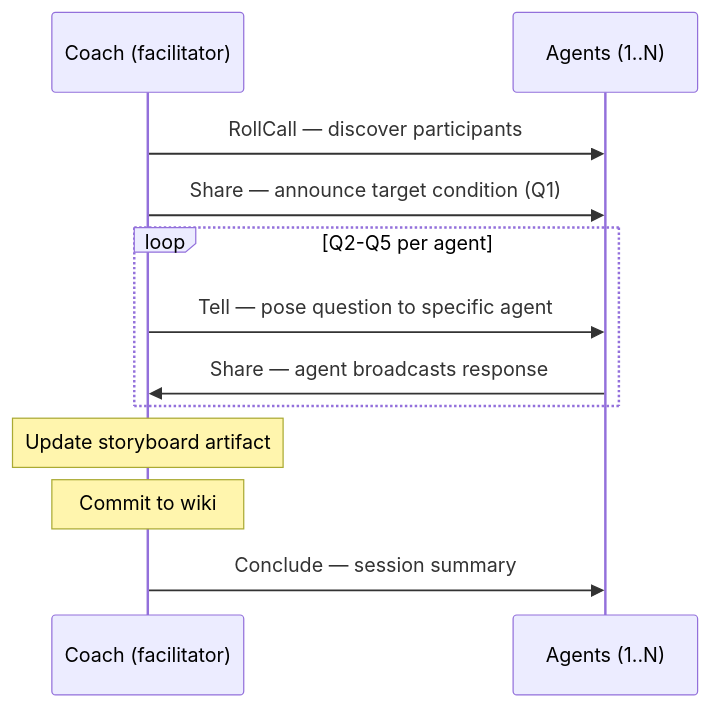
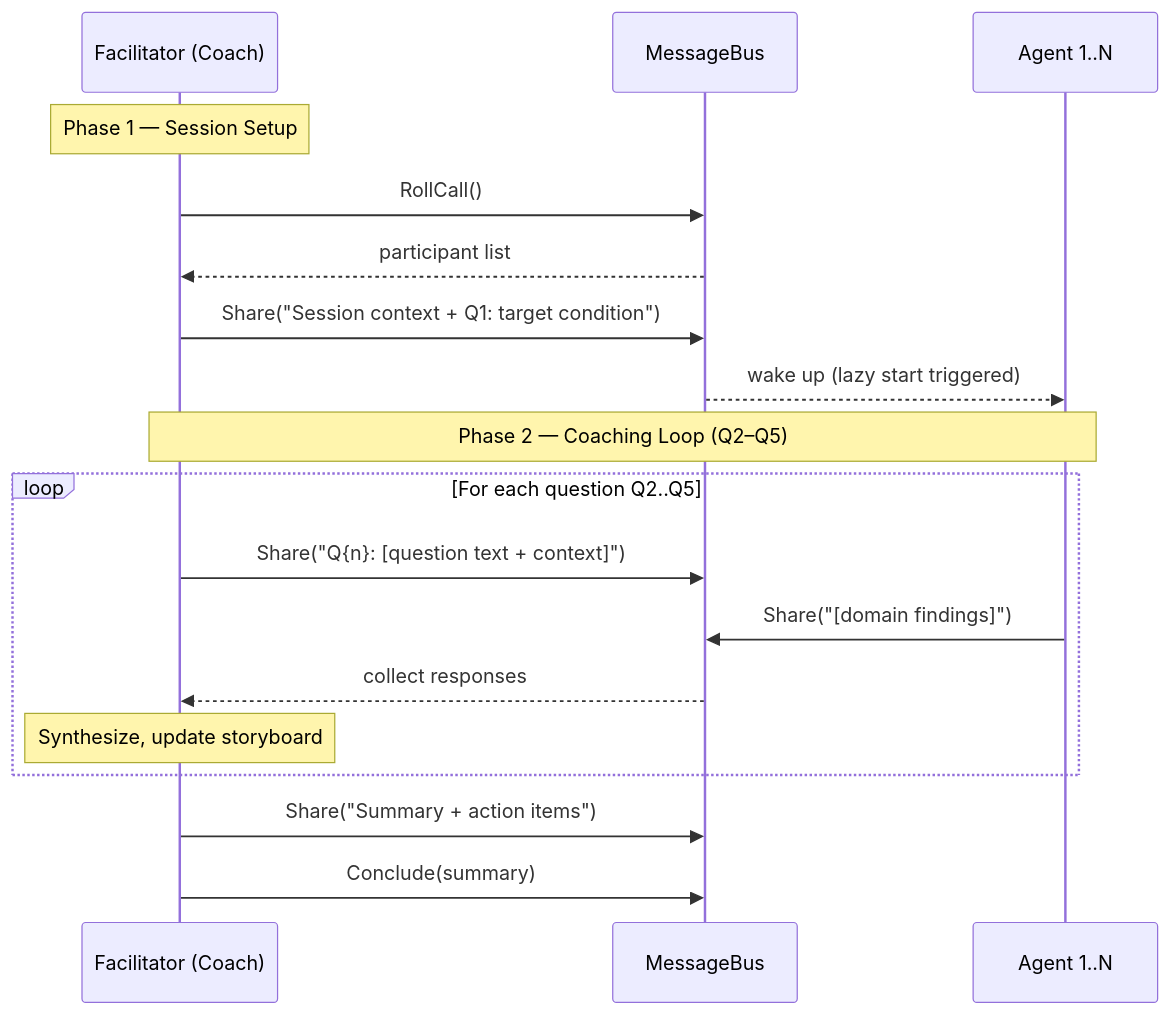
One commit to forwardimpact/pathway changed the first of 2 diagrams in specs/490-storyboard-facilitation-gap/design.md. Above: the diagram before and after it, drawn with Mermaid. The commit also changed other lines of this file, not shown here.

First line of the commit message:
design(490): orchestration-aware storyboard facilitation

````diff
--- a/specs/490-storyboard-facilitation-gap/design.md
+++ b/specs/490-storyboard-facilitation-gap/design.md
@@ -60,17 +30,23 @@
 ```mermaid
 sequenceDiagram
-    participant C as Coach (facilitator)
-    participant A as Agents (1..N)
+    participant F as Facilitator (Coach)
+    participant MB as MessageBus
+    participant A1 as Agent 1..N
 
-    C->>A: RollCall — discover participants
-    C->>A: Share — announce target condition (Q1)
+    Note over F: Phase 1 — Session Setup
+    F->>MB: RollCall()
+    MB-->>F: participant list
+    F->>MB: Share("Session context + Q1: target condition")
+    MB-->>A1: wake up (lazy start triggered)
 
-    loop Q2-Q5 per agent
-        C->>A: Tell — pose question to specific agent
-        A->>C: Share — agent broadcasts response
+    Note over F,A1: Phase 2 — Coaching Loop (Q2–Q5)
+    loop For each question Q2..Q5
+        F->>MB: Share("Q{n}: [question text + context]")
+        A1->>MB: Share("[domain findings]")
+        MB-->>F: collect responses
+        Note over F: Synthesize, update storyboard
     end
 
-    Note over C: Update storyboard artifact
-    Note over C: Commit to wiki
-    C->>A: Conclude — session summary
+    F->>MB: Share("Summary + action items")
+    F->>MB: Conclude(summary)
 ```
````
